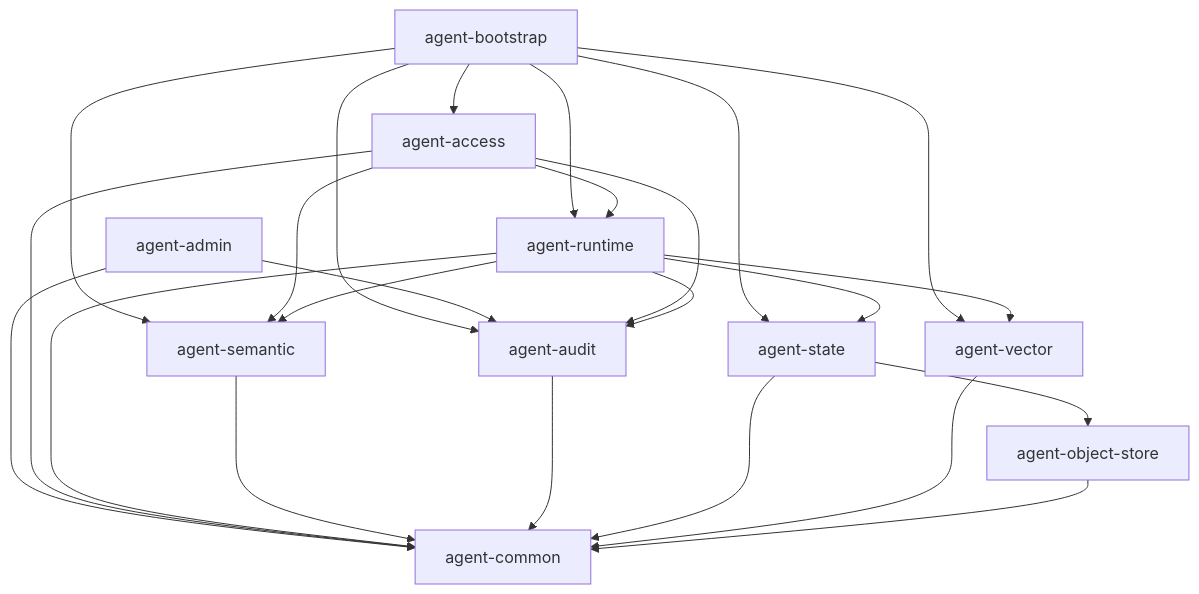
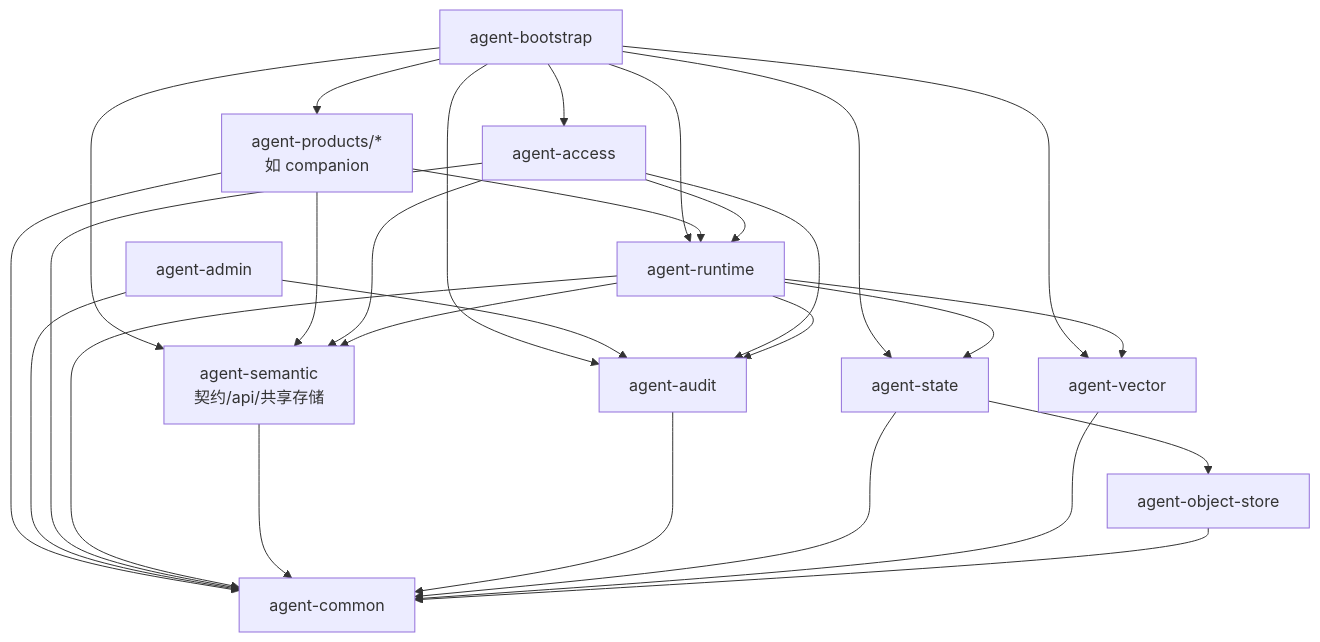
One commit to logosssss/dream-agentscope changed the second of 3 diagrams in docs/diagrams/architecture.md. Above: the diagram before and after it, drawn with Mermaid. The commit also changed other lines of this file and 40 other files, not shown here.

First line of the commit message:
抽出产品 Binding 缝并迁入 agent-products 聚合

````diff
--- a/docs/diagrams/architecture.md
+++ b/docs/diagrams/architecture.md
@@ -46,37 +47,42 @@
 ```mermaid
 flowchart TB
   bootstrap["agent-bootstrap"]
+  products["agent-products/*\n如 companion"]
   admin["agent-admin"]
   access["agent-access"]
   runtime["agent-runtime"]
-  semantic["agent-semantic"]
+  semantic["agent-semantic\n契约/api/共享存储"]
   audit["agent-audit"]
   state["agent-state"]
   vector["agent-vector"]
   objectstore["agent-object-store"]
   common["agent-common"]
 
   bootstrap --> access
   bootstrap --> runtime
   bootstrap --> semantic
+  bootstrap --> products
   bootstrap --> audit
   bootstrap --> state
   bootstrap --> vector
+  products --> runtime
+  products --> semantic
+  products --> common
   admin --> audit
   admin --> common
   access --> runtime
   access --> semantic
   access --> audit
   access --> common
   runtime --> semantic
   runtime --> state
   runtime --> vector
   runtime --> audit
   runtime --> common
   semantic --> common
   audit --> common
   state --> common
   state --> objectstore
   vector --> common
   objectstore --> common
 ```
````
